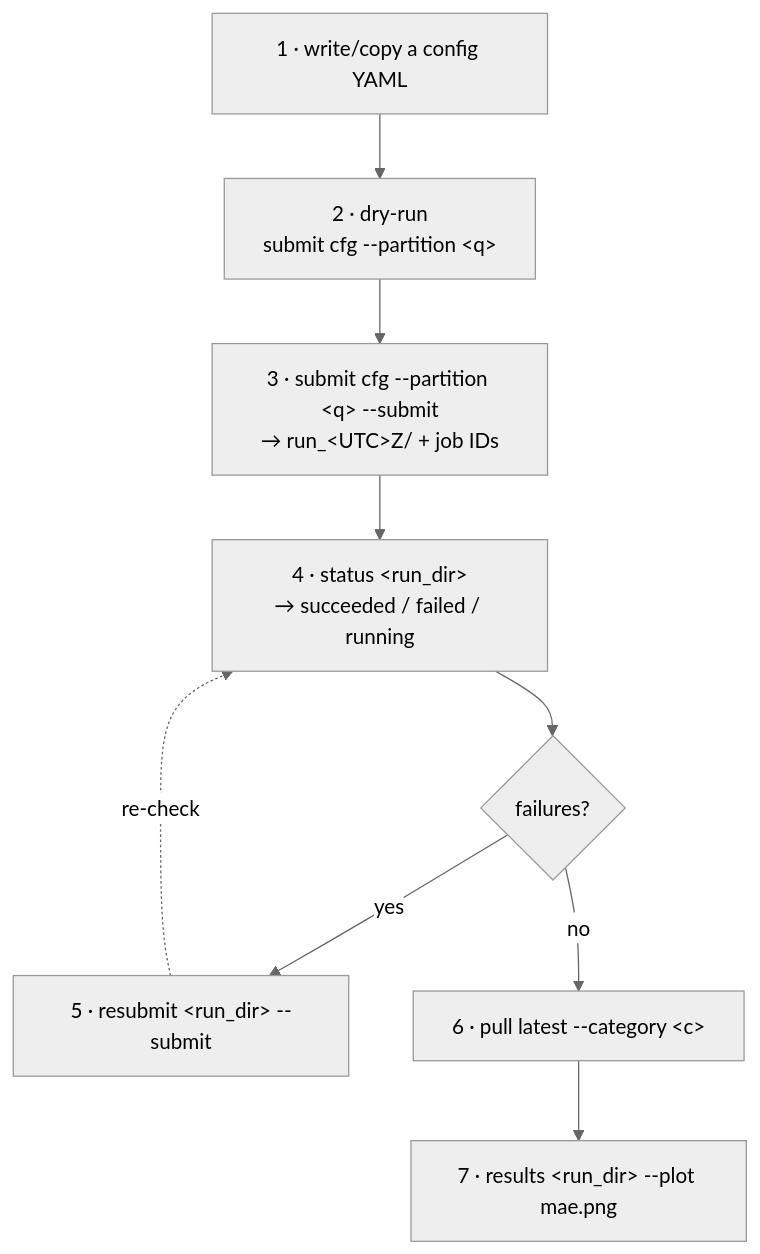
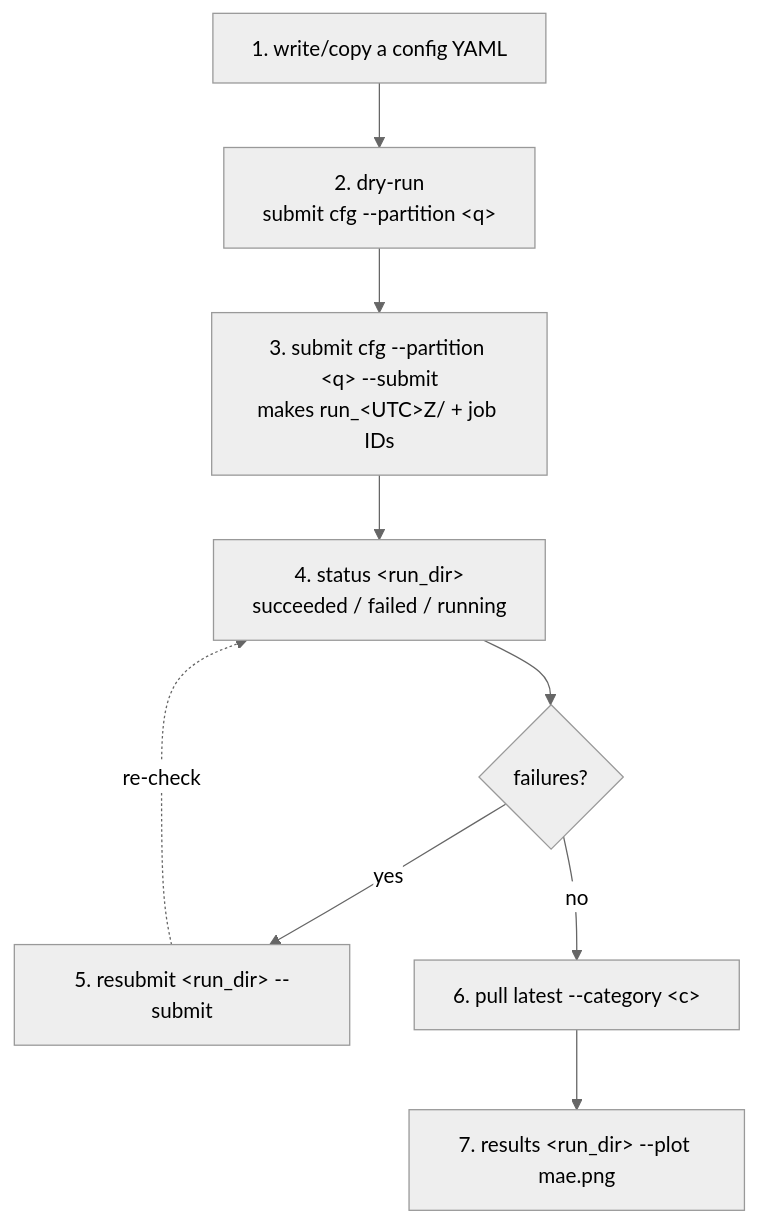
The second of 2 diagrams in docs/user_guide.md (alecpwills/xcquinox), drawn with Mermaid (neutral theme) before and after one commit. The commit also changed other lines of this file and 14 other files, not shown here.

Commit message:
revise user guide and architecture diagrams

````diff
--- a/docs/user_guide.md
+++ b/docs/user_guide.md
@@ -154,11 +153,11 @@
 ```mermaid
 flowchart TB
-  config["1 · write/copy a config YAML"] --> dry["2 · dry-run<br/>submit cfg --partition &lt;q&gt;"]
-  dry --> sub["3 · submit cfg --partition &lt;q&gt; --submit<br/>→ run_&lt;UTC&gt;Z/ + job IDs"]
-  sub --> status["4 · status &lt;run_dir&gt;<br/>→ succeeded / failed / running"]
+  config["1. write/copy a config YAML"] --> dry["2. dry-run<br/>submit cfg --partition &lt;q&gt;"]
+  dry --> sub["3. submit cfg --partition &lt;q&gt; --submit<br/>makes run_&lt;UTC&gt;Z/ + job IDs"]
+  sub --> status["4. status &lt;run_dir&gt;<br/>succeeded / failed / running"]
   status --> dfail{"failures?"}
-  dfail -->|yes| resub["5 · resubmit &lt;run_dir&gt; --submit"]
+  dfail -->|yes| resub["5. resubmit &lt;run_dir&gt; --submit"]
   resub -.->|re-check| status
-  dfail -->|no| pull["6 · pull latest --category &lt;c&gt;"]
-  pull --> results["7 · results &lt;run_dir&gt; --plot mae.png"]
+  dfail -->|no| pull["6. pull latest --category &lt;c&gt;"]
+  pull --> results["7. results &lt;run_dir&gt; --plot mae.png"]
 ```
````
